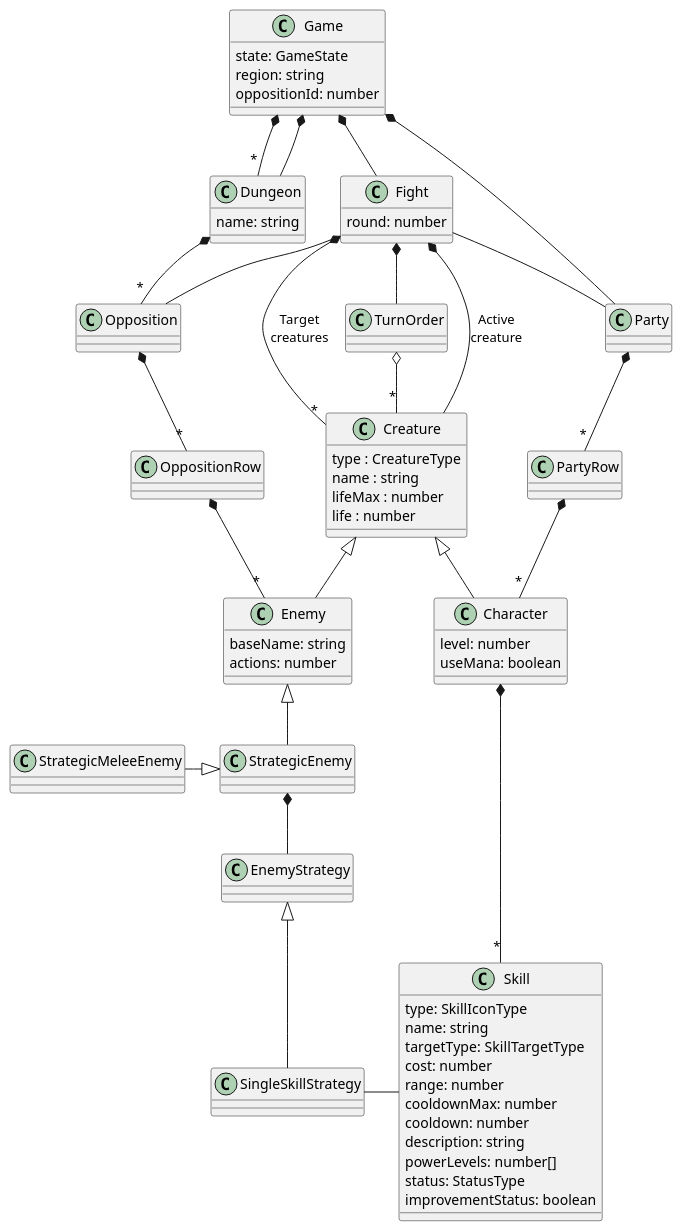
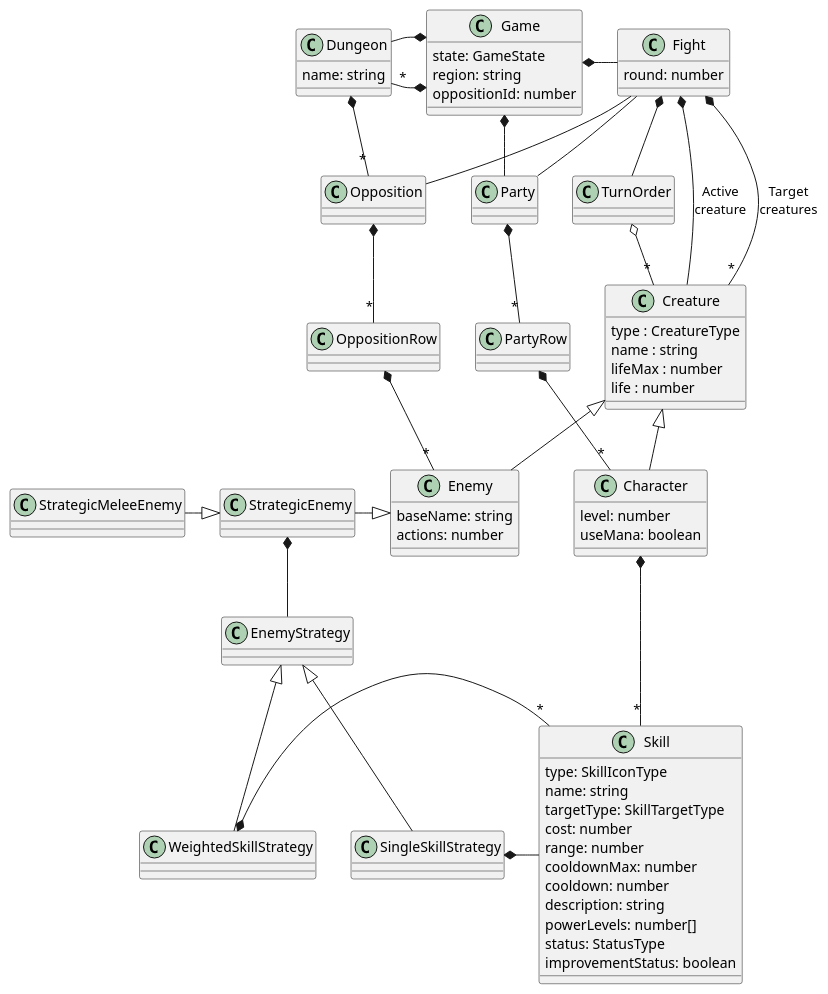
The diagram in doc/model.puml (fbeaufume/draconis), drawn with PlantUML before and after one commit. The commit also changed 3 other files, not shown here.

Commit message:
Added a weighted skill strategy

```diff
--- a/doc/model.puml
+++ b/doc/model.puml
@@ -1,100 +1,104 @@
 @startuml
 
 class Game {
   state: GameState
   region: string
   oppositionId: number
 }
 
 class Dungeon {
   name: string
 }
 
 class Fight {
   round: number
 }
-
 
 class Party {
 }
 
 class PartyRow {
 }
 
 class Opposition {
 }
 
 class OppositionRow {
 }
 
 class TurnOrder {
 }
 
 class Creature {
   type : CreatureType
   name : string
   lifeMax : number
   life : number
 }
 
 class Character {
   level: number
   useMana: boolean
 }
 
 class Enemy {
   baseName: string
   actions: number
 }
 
 class StrategicEnemy {
 }
 
 class StrategicMeleeEnemy {
 }
 
 class EnemyStrategy {
 }
 
 class SingleSkillStrategy {
 }
 
+class WeightedSkillStrategy {
+}
+
 class Skill {
   type: SkillIconType
   name: string
   targetType: SkillTargetType
   cost: number
   range: number
   cooldownMax: number
   cooldown: number
   description: string
   powerLevels: number[]
   status: StatusType
   improvementStatus: boolean
 }
 
+Game *-left- "*" Dungeon
+Game *-left- Dungeon
+Game *-right- Fight
 Game *-- Party
-Game *-- Fight
-Game *-- "*" Dungeon
-Game *-- Dungeon
 Dungeon *-- "*" Opposition
 Fight -- Party
 Fight -- Opposition
 Fight *-- TurnOrder
 Fight *-- Creature : "Active\ncreature"
 Fight *-- "*" Creature : "Target\ncreatures"
 TurnOrder o-- "*" Creature
 Party *-- "*" PartyRow
 PartyRow *-- "*" Character
 Opposition *-- "*" OppositionRow
 OppositionRow *-- "*" Enemy
 Creature <|-- Character
 Character *-- "*" Skill
 Creature <|-- Enemy
-Enemy <|-- StrategicEnemy
+Enemy <|-right- StrategicEnemy
 StrategicEnemy <|-left- StrategicMeleeEnemy
 StrategicEnemy *-- EnemyStrategy
 EnemyStrategy <|-- SingleSkillStrategy
-SingleSkillStrategy -right- Skill
+SingleSkillStrategy *-right- Skill
+EnemyStrategy <|-- WeightedSkillStrategy
+WeightedSkillStrategy *-right- "*" Skill
 
 @enduml
```
